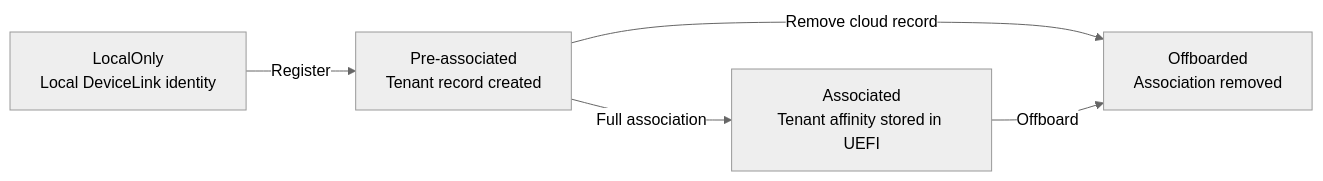
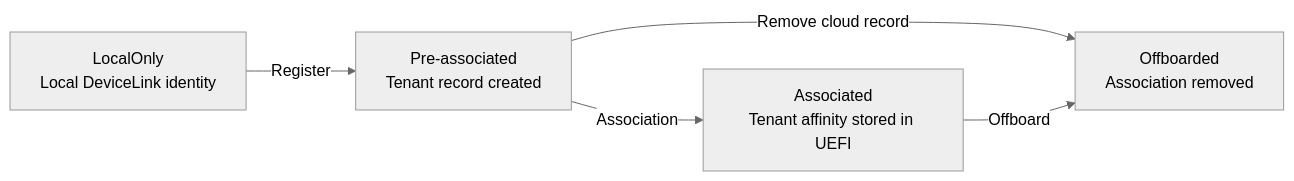
One commit to roryvossepoel/WindowsDeviceLink-Public changed the diagram in README.md. Above: the diagram before and after it, drawn with Mermaid (neutral theme). The commit also changed other lines of this file and 26 other files, not shown here.

````diff
--- a/README.md
+++ b/README.md
@@ -157,12 +157,12 @@
 ```mermaid
 flowchart LR
     A["LocalOnly<br/>Local DeviceLink identity"]
     B["Pre-associated<br/>Tenant record created"]
     C["Associated<br/>Tenant affinity stored in UEFI"]
     D["Offboarded<br/>Association removed"]
 
     A -->|"Register"| B
-    B -->|"Full association"| C
+    B -->|"Association"| C
     B -->|"Remove cloud record"| D
     C -->|"Offboard"| D
 ```
````
